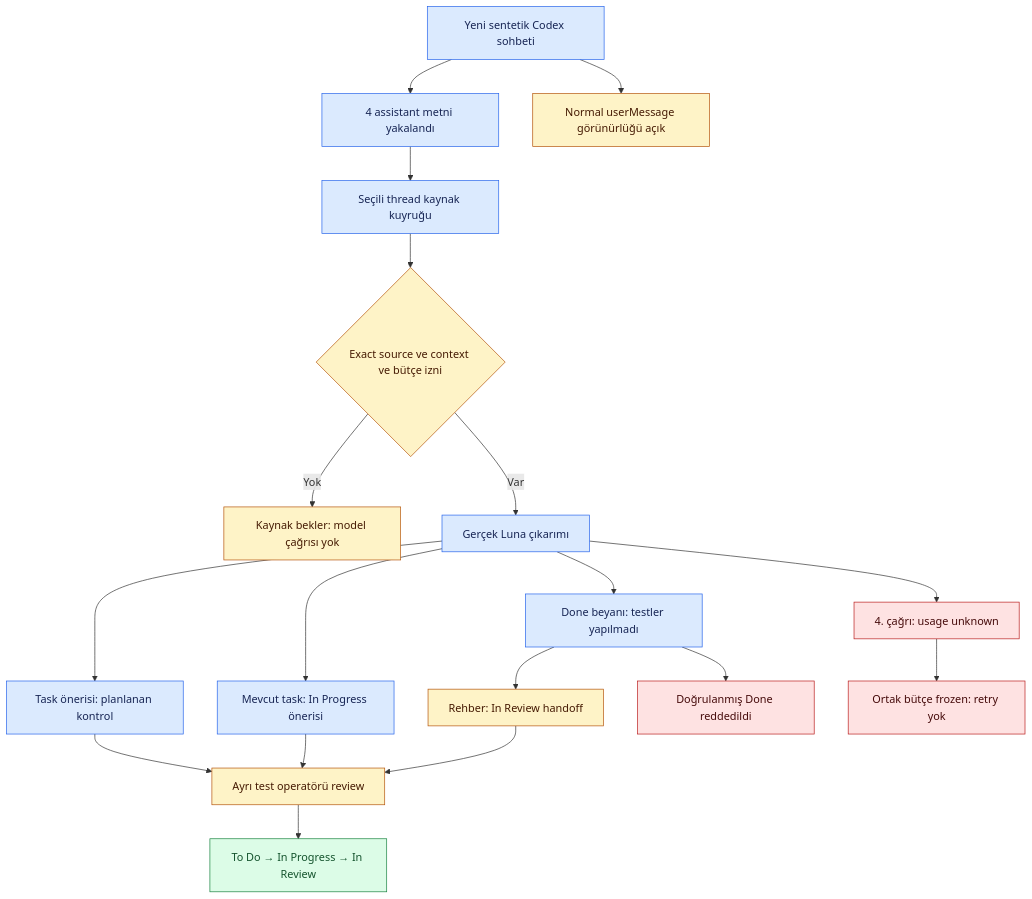
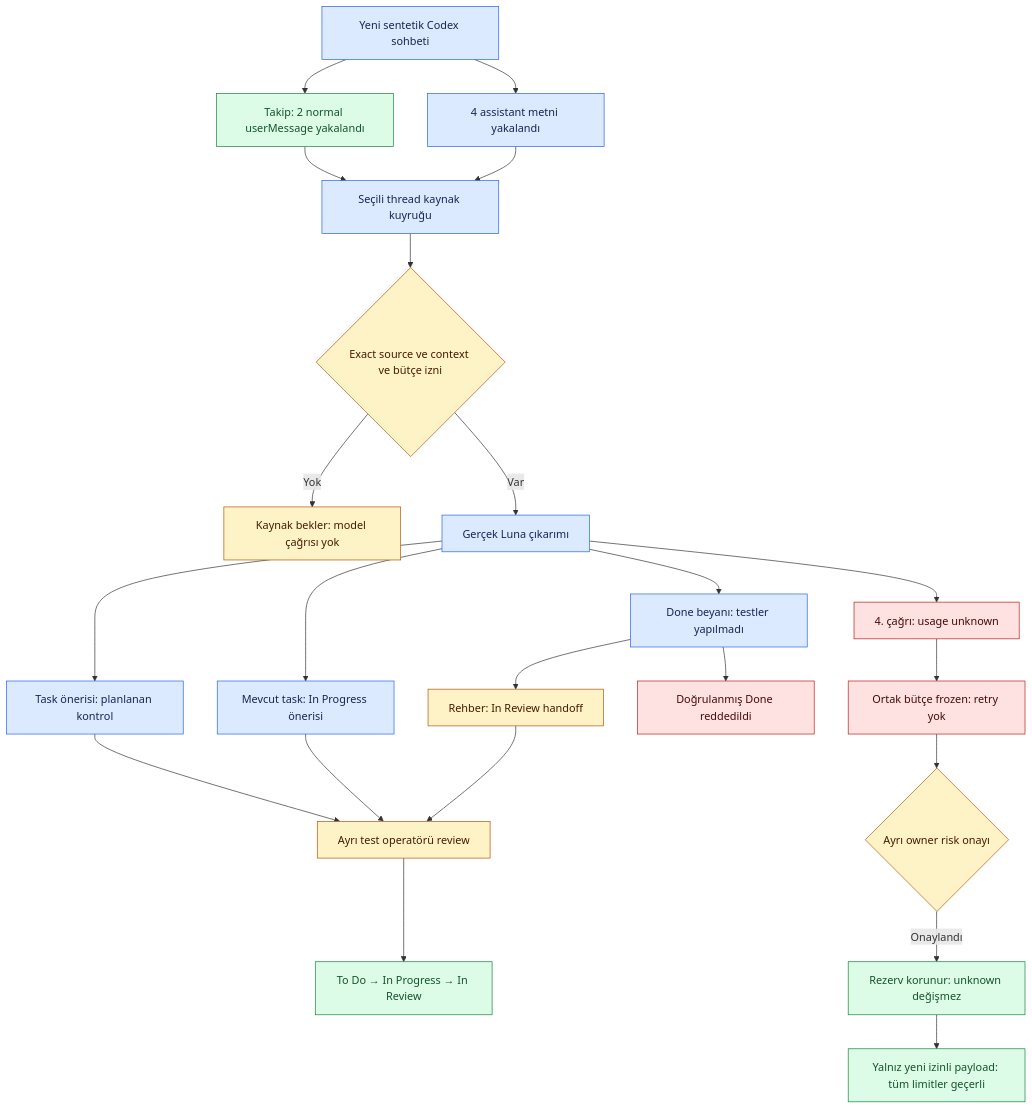
Before and after one commit to alphanAkbulut/decivora: the diagram in docs/quality/codex-e2e-001.md, drawn with Mermaid. The commit also changed other lines of this file and 9 other files, not shown here.

````diff
--- a/docs/quality/codex-e2e-001.md
+++ b/docs/quality/codex-e2e-001.md
@@ -51,30 +51,35 @@
 ```mermaid
 flowchart TD
   accTitle: Yeni Codex sohbetinde gözlenen proje ilerleme zinciri
-  accDescr: Yalnız assistant metinleri alınabildi. Üç gerçek model sonucu görev ve durum önerisi verdi. Ayrı test operatörü incelemesiyle ilerleme kaydedildi. Dördüncü çağrı belirsiz kaldı ve kök bütçe durdu.
+  accDescr: İlk geçişte dört assistant metni, takipte iki gerçek kullanıcı ve iki yeni assistant metni alındı. Dördüncü model çağrısı belirsiz kaldı. Kullanıcı onayıyla rezerv korunarak yalnız yeni izinli işlere devam edilebilir.
   C[Yeni sentetik Codex sohbeti] --> A[4 assistant metni yakalandı]
-  C --> U[Normal userMessage görünürlüğü açık]
+  C --> U[Takip: 2 normal userMessage yakalandı]
+  U --> Q
   A --> Q[Seçili thread kaynak kuyruğu]
   Q --> G{Exact source ve context ve bütçe izni}
   G -->|Yok| W[Kaynak bekler: model çağrısı yok]
   G -->|Var| M[Gerçek Luna çıkarımı]
   M --> T[Task önerisi: planlanan kontrol]
   M --> S[Mevcut task: In Progress önerisi]
   M --> D[Done beyanı: testler yapılmadı]
   T --> R[Ayrı test operatörü review]
   S --> R
   D --> H[Rehber: In Review handoff]
   H --> R
   R --> B[To Do → In Progress → In Review]
   D --> V[Doğrulanmış Done reddedildi]
   M --> F[4. çağrı: usage unknown]
   F --> X[Ortak bütçe frozen: retry yok]
+  X --> O{Ayrı owner risk onayı}
+  O -->|Onaylandı| K[Rezerv korunur: unknown değişmez]
+  K --> N[Yalnız yeni izinli payload: tüm limitler geçerli]
   classDef input fill:#dbeafe,stroke:#2563eb,color:#172554
   classDef review fill:#fef3c7,stroke:#b45309,color:#451a03
   classDef saved fill:#dcfce7,stroke:#15803d,color:#14532d
   classDef stop fill:#fee2e2,stroke:#b91c1c,color:#450a0a
   class C,A,Q,M,T,S,D input
-  class U,G,W,R,H review
+  class G,W,R,H,O review
+  class U,K,N saved
   class B saved
   class F,X,V stop
 ```
````
